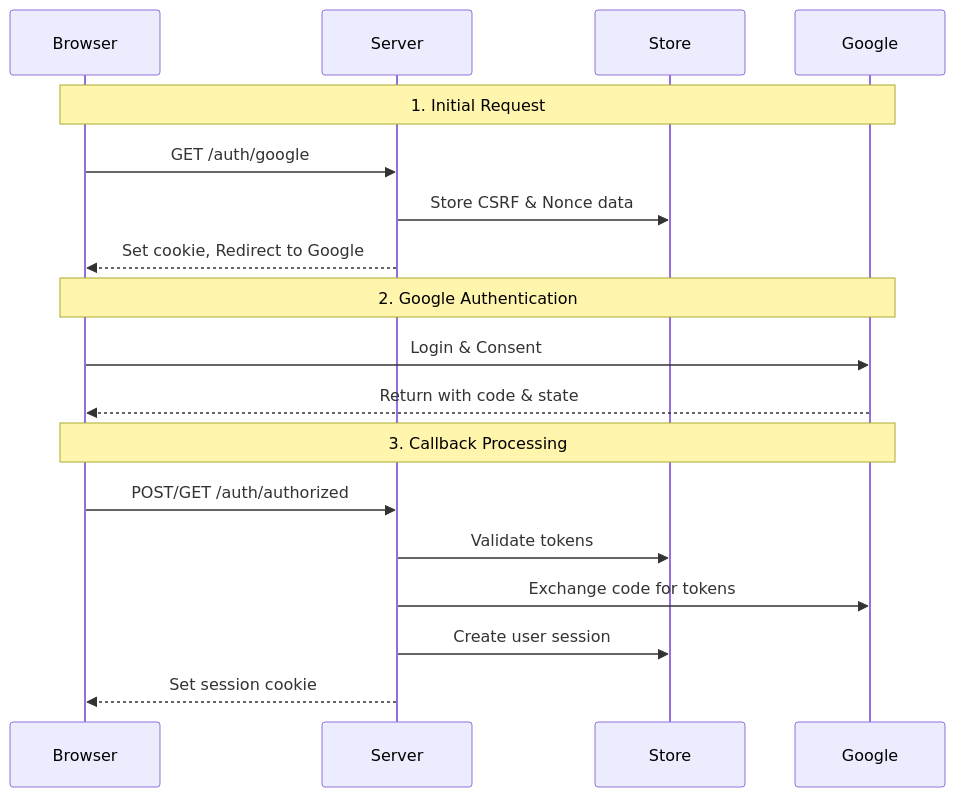
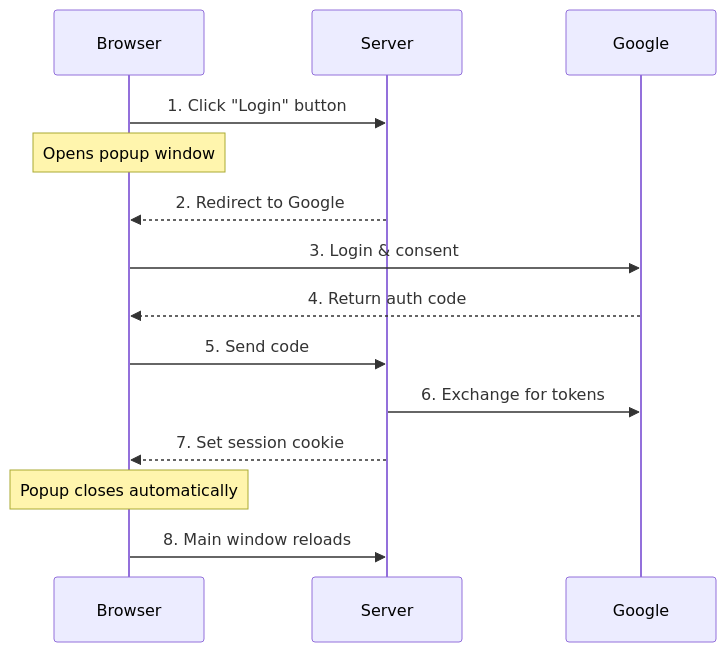
One commit to ktaka-ccmp/ktaka.blog.ccmp.jp changed the diagram in 2024/Axum-Google-OAuth2-Login/Readme.en.md. Above: the diagram before and after it, drawn with Mermaid. The commit also changed other lines of this file, not shown here.

````diff
--- a/2024/Axum-Google-OAuth2-Login/Readme.en.md
+++ b/2024/Axum-Google-OAuth2-Login/Readme.en.md
@@ -101,23 +53,17 @@
 ```mermaid
 sequenceDiagram
     participant Browser
     participant Server
-    participant Store
     participant Google
 
-    Note over Browser,Google: 1. Initial Request
-    Browser->>Server: GET /auth/google
-    Server->>Store: Store CSRF & Nonce data
-    Server-->>Browser: Set cookie, Redirect to Google
-
-    Note over Browser,Google: 2. Google Authentication
-    Browser->>Google: Login & Consent
-    Google-->>Browser: Return with code & state
-
-    Note over Browser,Google: 3. Callback Processing
-    Browser->>Server: POST/GET /auth/authorized
-    Server->>Store: Validate tokens
-    Server->>Google: Exchange code for tokens
-    Server->>Store: Create user session
-    Server-->>Browser: Set session cookie
+    Browser->>Server: 1. Click "Login" button
+    Note over Browser: Opens popup window
+    Server-->>Browser: 2. Redirect to Google
+    Browser->>Google: 3. Login & consent
+    Google-->>Browser: 4. Return auth code
+    Browser->>Server: 5. Send code
+    Server->>Google: 6. Exchange for tokens
+    Server-->>Browser: 7. Set session cookie
+    Note over Browser: Popup closes automatically
+    Browser->>Server: 8. Main window reloads
 ```
````
